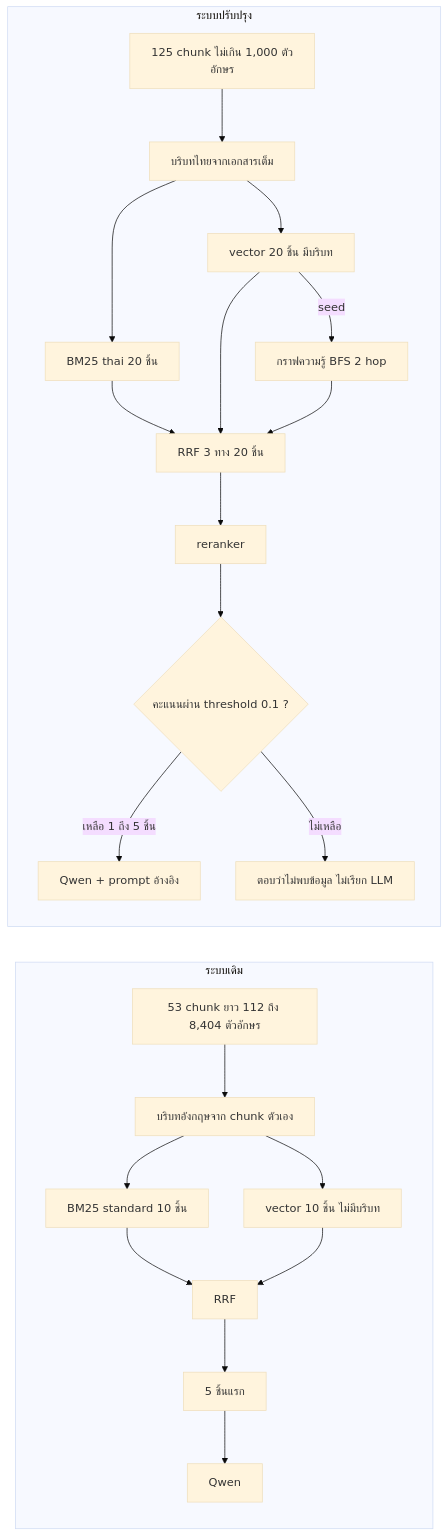
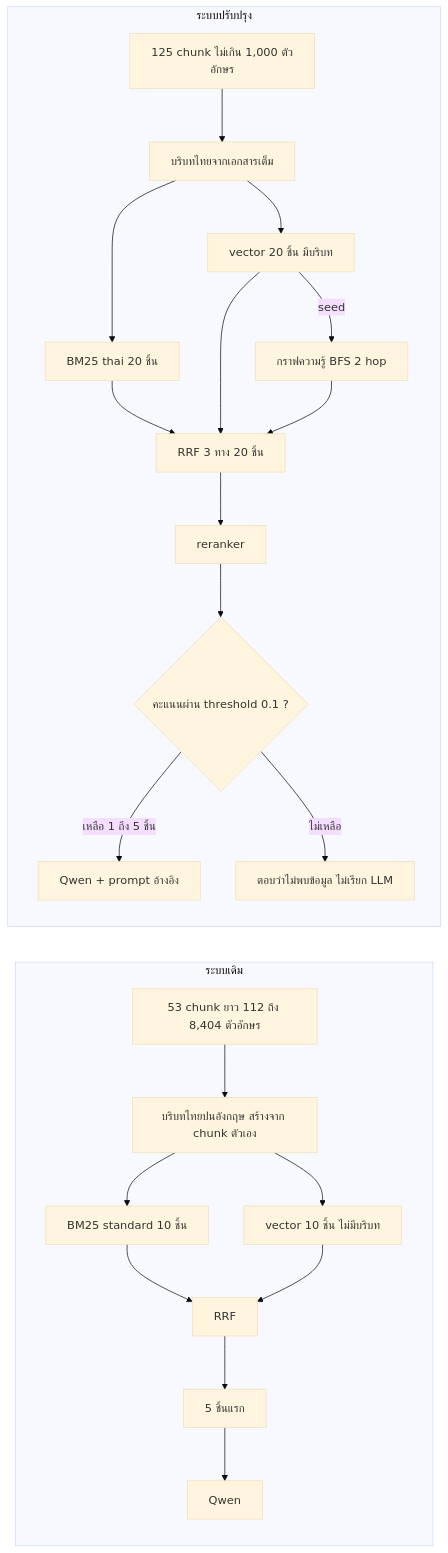
The first of 2 diagrams in README.md (natthananmooo/kdai-nlp-rag-assignment-68056035), drawn with Mermaid (base theme) before and after one commit. The commit also changed other lines of this file and 1 other file, not shown here.

Commit message:
ส่งงาน KDAI NLP Assignment

````diff
--- a/README.md
+++ b/README.md
@@ -121,23 +121,23 @@
 ```mermaid
 flowchart LR
   subgraph OLD["ระบบเดิม"]
-    o1["53 chunk ยาว 112 ถึง 8,404 ตัวอักษร"] --> o2["บริบทอังกฤษจาก chunk ตัวเอง"]
+    o1["53 chunk ยาว 112 ถึง 8,404 ตัวอักษร"] --> o2["บริบทไทยปนอังกฤษ สร้างจาก chunk ตัวเอง"]
     o2 --> o3["BM25 standard 10 ชิ้น"]
     o2 --> o4["vector 10 ชิ้น ไม่มีบริบท"]
     o3 --> o5["RRF"]
     o4 --> o5
     o5 --> o6["5 ชิ้นแรก"] --> o7["Qwen"]
   end
   subgraph NEW["ระบบปรับปรุง"]
     n1["125 chunk ไม่เกิน 1,000 ตัวอักษร"] --> n2["บริบทไทยจากเอกสารเต็ม"]
     n2 --> n3["BM25 thai 20 ชิ้น"]
     n2 --> n4["vector 20 ชิ้น มีบริบท"]
     n4 -- "seed" --> g1["กราฟความรู้ BFS 2 hop"]
     n3 --> n5["RRF 3 ทาง 20 ชิ้น"]
     n4 --> n5
     g1 --> n5
     n5 --> n6["reranker"] --> n9{"คะแนนผ่าน threshold 0.1 ?"}
     n9 -- "เหลือ 1 ถึง 5 ชิ้น" --> n8["Qwen + prompt อ้างอิง"]
     n9 -- "ไม่เหลือ" --> n10["ตอบว่าไม่พบข้อมูล ไม่เรียก LLM"]
   end
 ```
````
